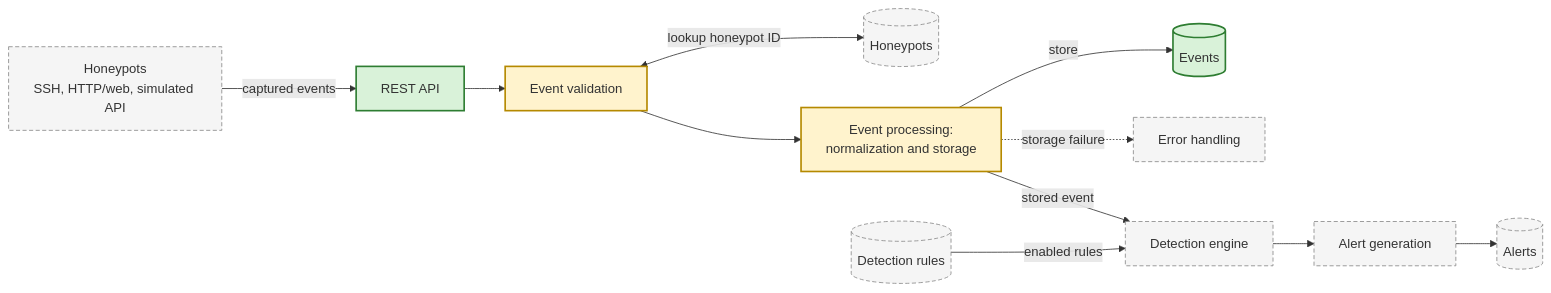
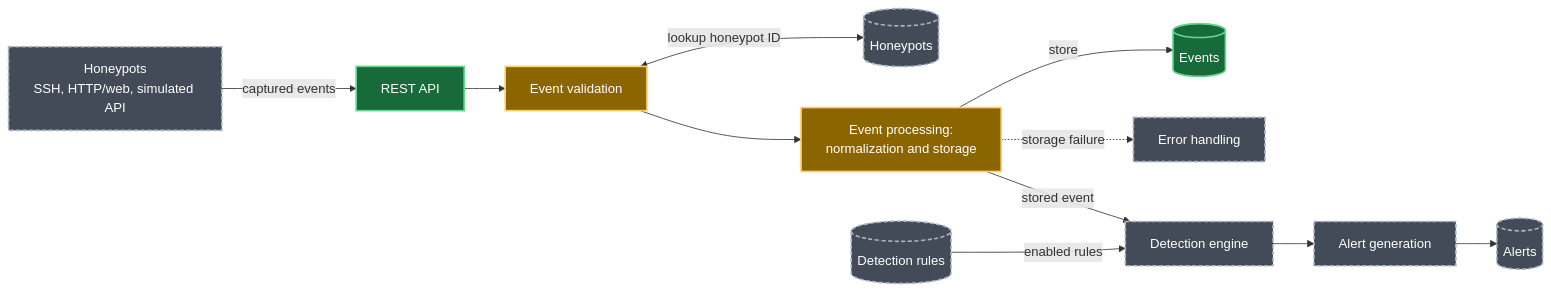
One commit to El-Dorado26/hive-honeypot-network changed the second of 3 diagrams in docs/design/arch/architecture.md. Above: the diagram before and after it, drawn with Mermaid. The commit also changed other lines of this file, not shown here.

First line of the commit message:
Enhance diagram styles in architecture.md

````diff
--- a/docs/design/arch/architecture.md
+++ b/docs/design/arch/architecture.md
@@ -61,34 +64,36 @@
 ```mermaid
 
 flowchart LR
     HP["Honeypots<br/>SSH, HTTP/web, simulated API"]
     API["REST API"]
     VALID["Event validation"]
     HONEYPOTS[("Honeypots")]
     PROC["Event processing:<br/>normalization and storage"]
     EVENTS[("Events")]
     ERR["Error handling"]
     DETECT["Detection engine"]
     RULES[("Detection rules")]
     ALERT["Alert generation"]
     ALERTS[("Alerts")]
 
     HP -->|"captured events"| API
     API --> VALID
     VALID <-->|"lookup honeypot ID"| HONEYPOTS
     VALID --> PROC
     PROC -->|"store"| EVENTS
     PROC -.->|"storage failure"| ERR
     PROC -->|"stored event"| DETECT
     RULES -->|"enabled rules"| DETECT
     DETECT --> ALERT
     ALERT --> ALERTS
 
-    classDef implemented fill:#d9f2d9,stroke:#2e7d32,stroke-width:2px
-    classDef partial fill:#fff3cd,stroke:#b58900,stroke-width:2px
-    classDef planned fill:#f5f5f5,stroke:#888888,stroke-dasharray:5 3
+    classDef implemented fill:#176B3A,stroke:#65D98B,color:#FFFFFF,stroke-width:2px
+    classDef partial fill:#8A6500,stroke:#FFD166,color:#FFFFFF,stroke-width:2px
+    classDef planned fill:#424B57,stroke:#AAB4C0,color:#FFFFFF,stroke-width:2px,stroke-dasharray:5 3
 
     class API,EVENTS implemented
     class VALID,PROC partial
     class HP,HONEYPOTS,ERR,DETECT,RULES,ALERT,ALERTS planned
+
+
 ```
````
